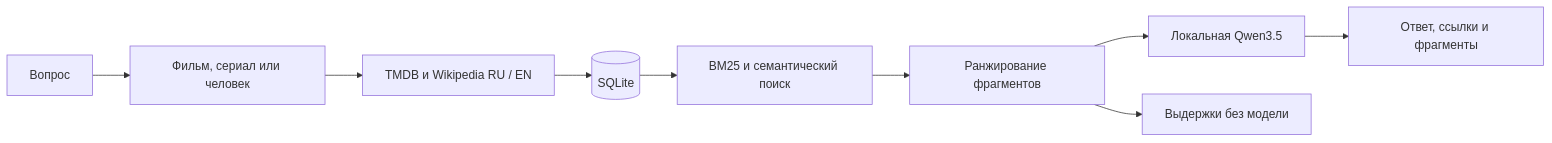
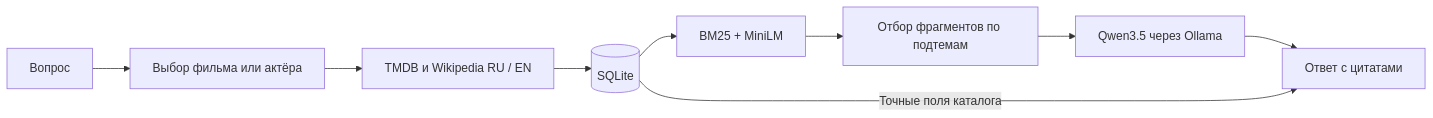
One commit to dud0k3/movie-rag changed the diagram in README.md. Above: the diagram before and after it, drawn with Mermaid. The commit also changed other lines of this file and 1 other file, not shown here.

````diff
--- a/README.md
+++ b/README.md
@@ -72,11 +50,11 @@
 ```mermaid
 flowchart LR
-    Q[Вопрос] --> E[Фильм, сериал или человек]
+    Q[Вопрос] --> E[Выбор фильма или актёра]
     E --> S[TMDB и Wikipedia RU / EN]
     S --> DB[(SQLite)]
-    DB --> R[BM25 и семантический поиск]
-    R --> P[Ранжирование фрагментов]
-    P --> M[Локальная Qwen3.5]
-    M --> A[Ответ, ссылки и фрагменты]
-    P --> F[Выдержки без модели]
+    DB --> R[BM25 + MiniLM]
+    R --> P[Отбор фрагментов по подтемам]
+    P --> M[Qwen3.5 через Ollama]
+    M --> A[Ответ с цитатами]
+    DB -->|Точные поля каталога| A
 ```
````
